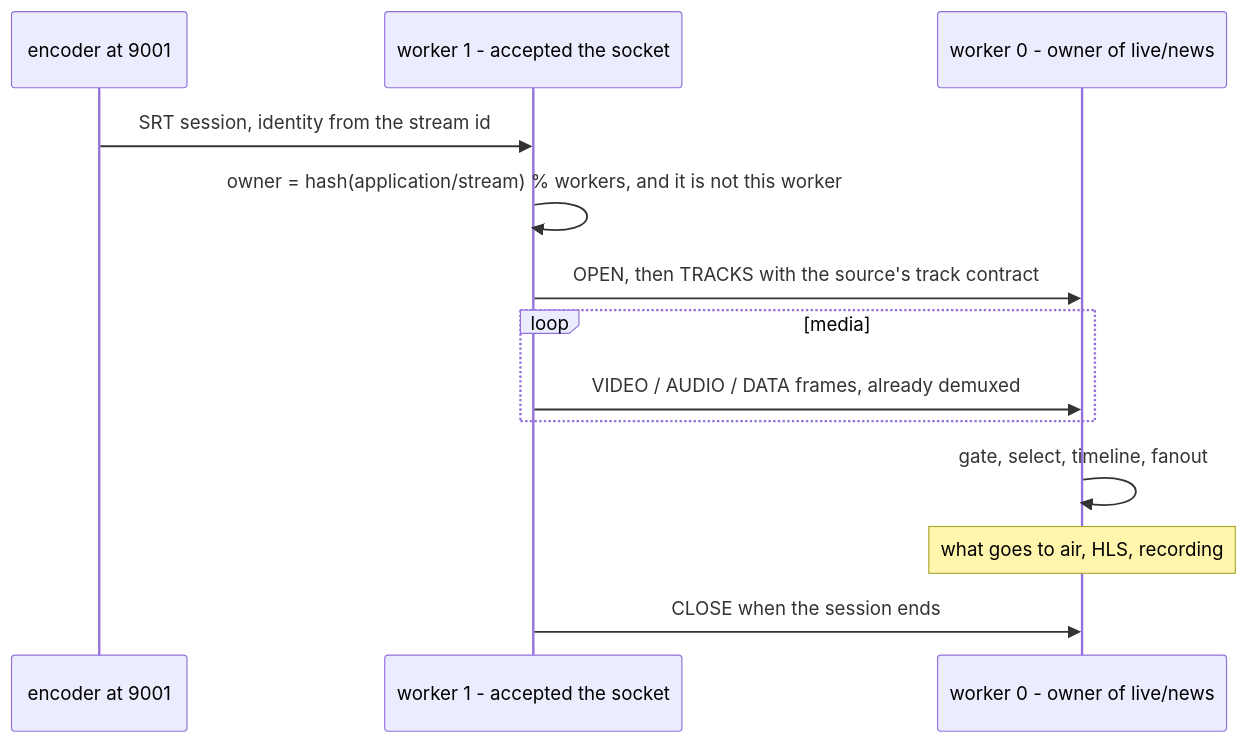
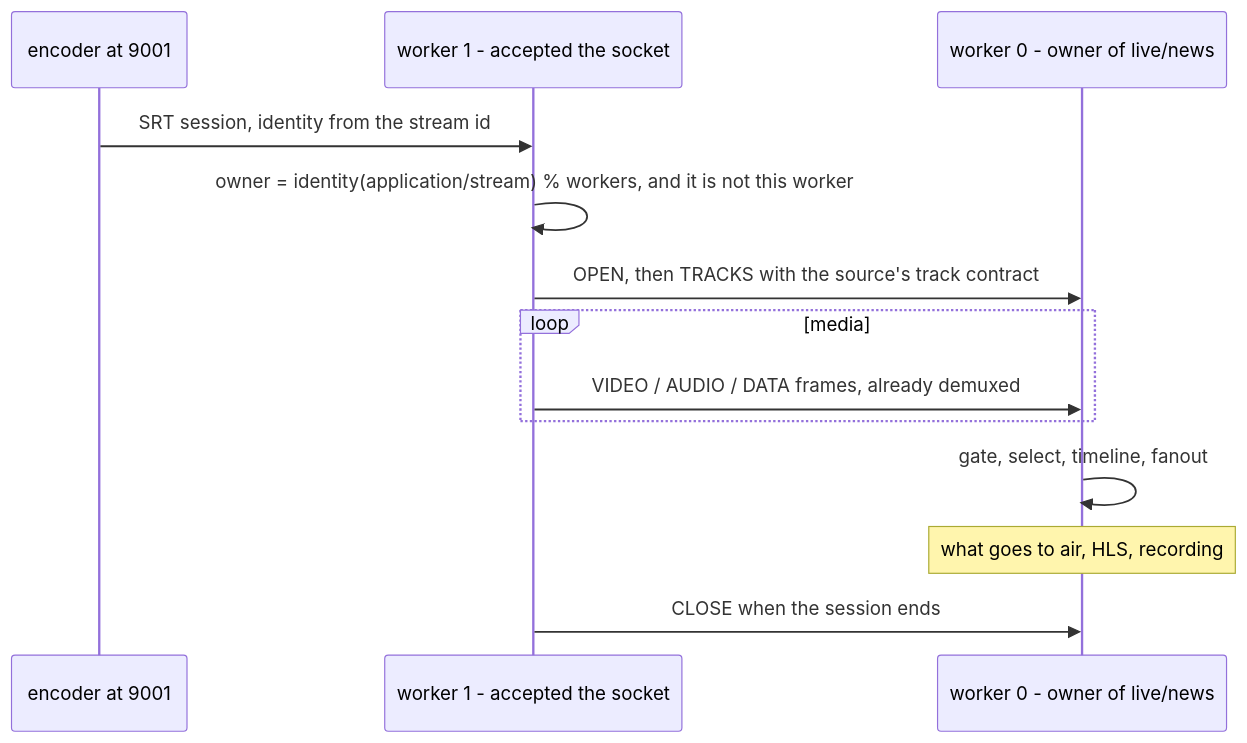
One commit to krsna1729/nginx-media changed the third of 4 diagrams in docs/architecture.md. Above: the diagram before and after it, drawn with Mermaid. The commit also changed other lines of this file and 72 other files, not shown here.

````diff
--- a/docs/architecture.md
+++ b/docs/architecture.md
@@ -179,16 +180,16 @@
 ```mermaid
 sequenceDiagram
     participant E as encoder at 9001
     participant W1 as worker 1 - accepted the socket
     participant W0 as worker 0 - owner of live/news
 
     E->>W1: SRT session, identity from the stream id
-    W1->>W1: owner = hash(application/stream) % workers, and it is not this worker
+    W1->>W1: owner = identity(application/stream) % workers, and it is not this worker
     W1->>W0: OPEN, then TRACKS with the source's track contract
     loop media
         W1->>W0: VIDEO / AUDIO / DATA frames, already demuxed
     end
     W0->>W0: gate, select, timeline, fanout
     Note over W0: what goes to air, HLS, recording
     W1->>W0: CLOSE when the session ends
 ```
````
